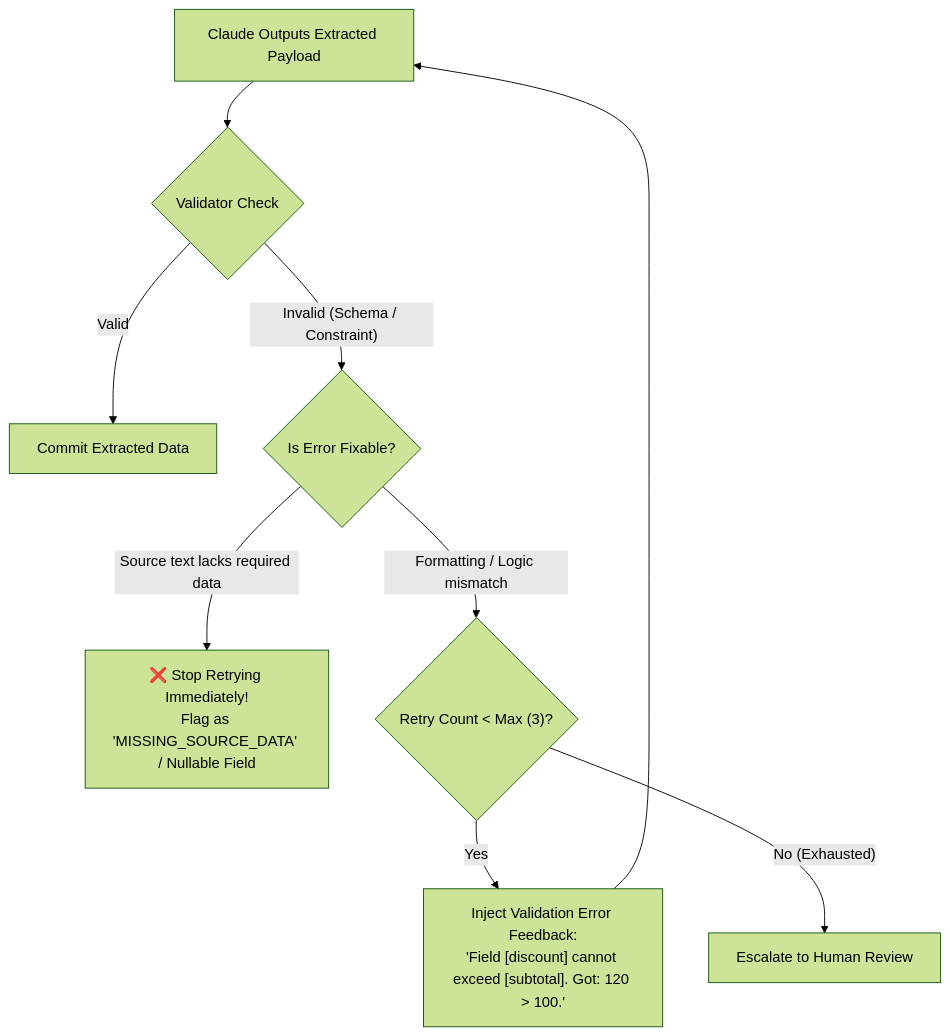
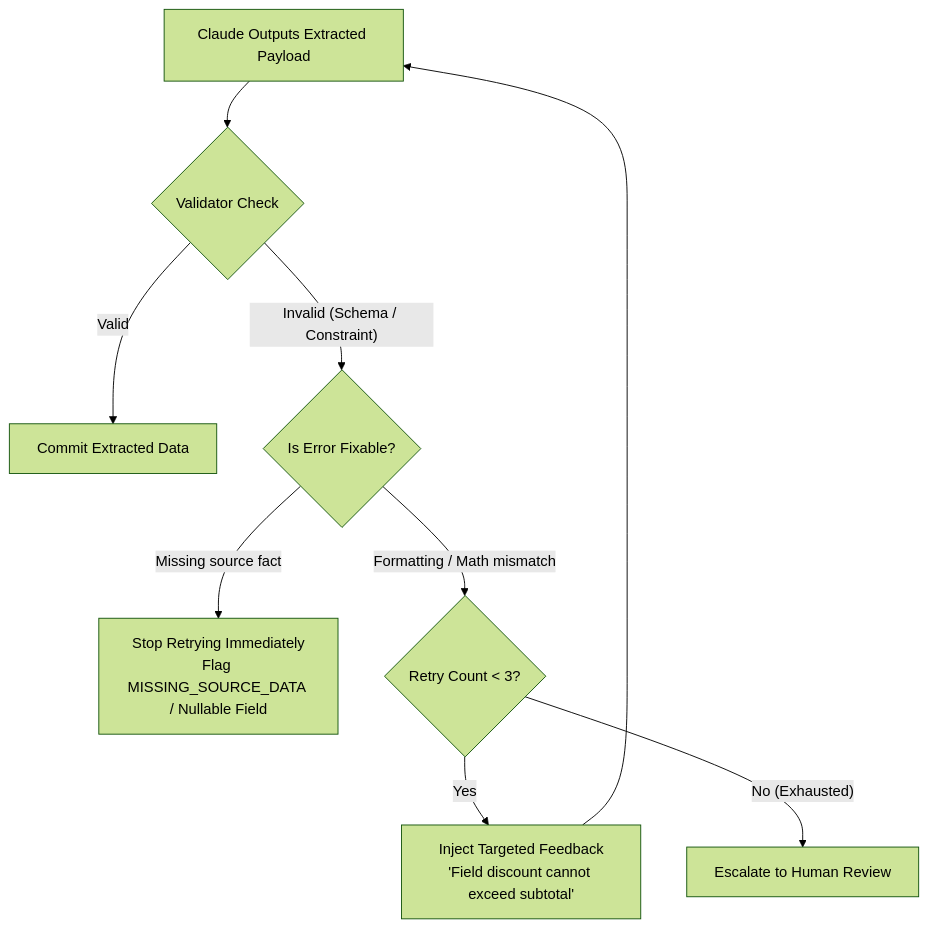
Before and after one commit to dip4k/claude_cert_architect_foundation_prep: the diagram in domain4/ts_4_4_validation_retry_feedback/README.md, drawn with Mermaid (forest theme). The commit also changed 30 other files, not shown here.

Commit message:
docs: enhance domain and scenario guides with exam rules, golden rules, and simplified GitHub mermaid diagrams

````diff
--- a/domain4/ts_4_4_validation_retry_feedback/README.md
+++ b/domain4/ts_4_4_validation_retry_feedback/README.md
@@ -10,17 +10,17 @@
 ```mermaid
 flowchart TD
     Extracted["Claude Outputs Extracted Payload"] --> Validator{"Validator Check"}
     
     Validator -- "Valid" --> Success["Commit Extracted Data"]
     
     Validator -- "Invalid (Schema / Constraint)" --> ErrorType{"Is Error Fixable?"}
     
-    ErrorType -- "Source text lacks required data" --> FastFail["❌ Stop Retrying Immediately!<br/>Flag as 'MISSING_SOURCE_DATA' / Nullable Field"]
+    ErrorType -- "Missing source fact" --> FastFail["Stop Retrying Immediately<br/>Flag MISSING_SOURCE_DATA / Nullable Field"]
     
-    ErrorType -- "Formatting / Logic mismatch" --> RetryCount{"Retry Count < Max (3)?"}
+    ErrorType -- "Formatting / Math mismatch" --> RetryCount{"Retry Count < 3?"}
     
-    RetryCount -- "Yes" --> FeedBack["Inject Validation Error Feedback:<br/>'Field [discount] cannot exceed [subtotal]. Got: 120 > 100.'"]
+    RetryCount -- "Yes" --> FeedBack["Inject Targeted Feedback<br/>'Field discount cannot exceed subtotal'"]
     FeedBack --> Extracted
     
     RetryCount -- "No (Exhausted)" --> Fallback["Escalate to Human Review"]
 ```
````
